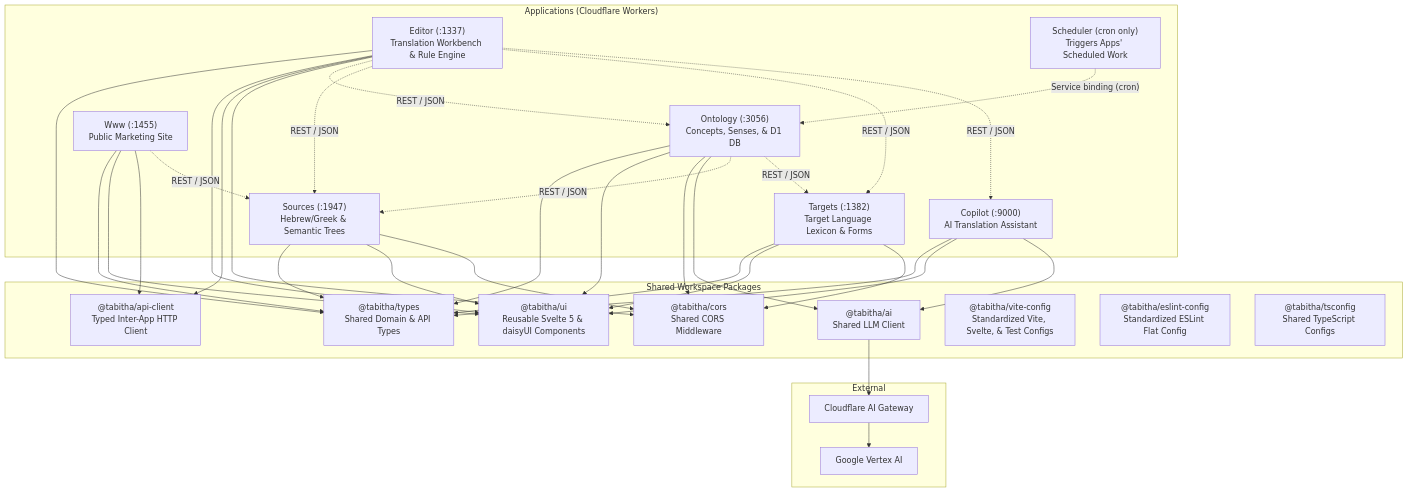
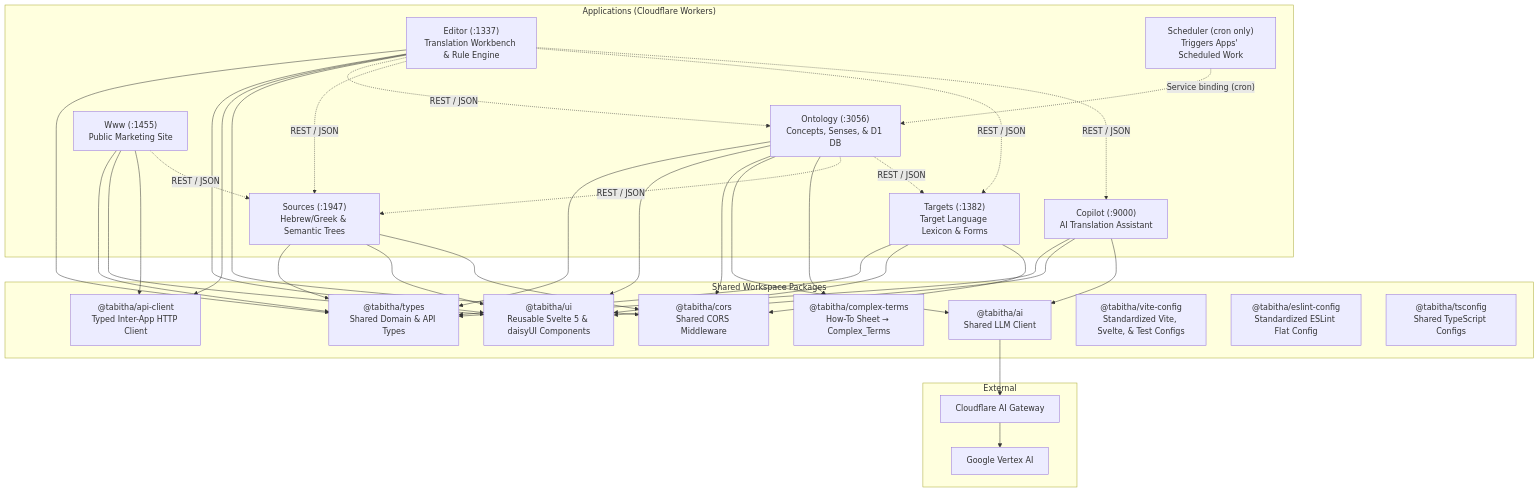
The diagram in CONTRIBUTING.md (presciencelabs/tabitha), drawn with Mermaid before and after one commit. The commit also changed other lines of this file and 17 other files, not shown here.

````diff
--- a/CONTRIBUTING.md
+++ b/CONTRIBUTING.md
@@ -11,60 +11,62 @@
 ```mermaid
 graph TD
 	subgraph Apps ["Applications (Cloudflare Workers)"]
 		Editor["Editor (:1337)<br/>Translation Workbench & Rule Engine"]
 		Ontology["Ontology (:3056)<br/>Concepts, Senses, & D1 DB"]
 		Sources["Sources (:1947)<br/>Hebrew/Greek & Semantic Trees"]
 		Targets["Targets (:1382)<br/>Target Language Lexicon & Forms"]
 		Copilot["Copilot (:9000)<br/>AI Translation Assistant"]
 		Www["Www (:1455)<br/>Public Marketing Site"]
 		Scheduler["Scheduler (cron only)<br/>Triggers Apps' Scheduled Work"]
 	end
 
 	subgraph SharedPackages ["Shared Workspace Packages"]
 		Types["@tabitha/types<br/>Shared Domain & API Types"]
 		UI["@tabitha/ui<br/>Reusable Svelte 5 & daisyUI Components"]
 		ApiClient["@tabitha/api-client<br/>Typed Inter-App HTTP Client"]
 		Cors["@tabitha/cors<br/>Shared CORS Middleware"]
+		ComplexTerms["@tabitha/complex-terms<br/>How-To Sheet → Complex_Terms"]
 		AI["@tabitha/ai<br/>Shared LLM Client"]
 		ViteConfig["@tabitha/vite-config<br/>Standardized Vite, Svelte, & Test Configs"]
 		ESLintConfig["@tabitha/eslint-config<br/>Standardized ESLint Flat Config"]
 		TSConfig["@tabitha/tsconfig<br/>Shared TypeScript Configs"]
 	end
 
 	subgraph External ["External"]
 		Gateway["Cloudflare AI Gateway"]
 		Vertex["Google Vertex AI"]
 	end
 
 	Editor --> Types
 	Editor --> UI
 	Editor --> ApiClient
 	Editor --> Cors
 	Ontology --> Types
 	Ontology --> UI
 	Ontology --> Cors
 	Ontology --> AI
+	Ontology --> ComplexTerms
 	Sources --> Types
 	Sources --> UI
 	Sources --> Cors
 	Targets --> Types
 	Targets --> UI
 	Targets --> Cors
 	Copilot --> Types
 	Copilot --> UI
 	Copilot --> AI
 	Www --> Types
 	Www --> UI
 	Www --> ApiClient
 
 	Editor -.->|"REST / JSON"| Ontology
 	Editor -.->|"REST / JSON"| Sources
 	Editor -.->|"REST / JSON"| Targets
 	Editor -.->|"REST / JSON"| Copilot
 	Ontology -.->|"REST / JSON"| Sources
 	Ontology -.->|"REST / JSON"| Targets
 	Www -.->|"REST / JSON"| Sources
 	Scheduler -.->|"Service binding (cron)"| Ontology
 
 	AI --> Gateway --> Vertex
 ```
````
